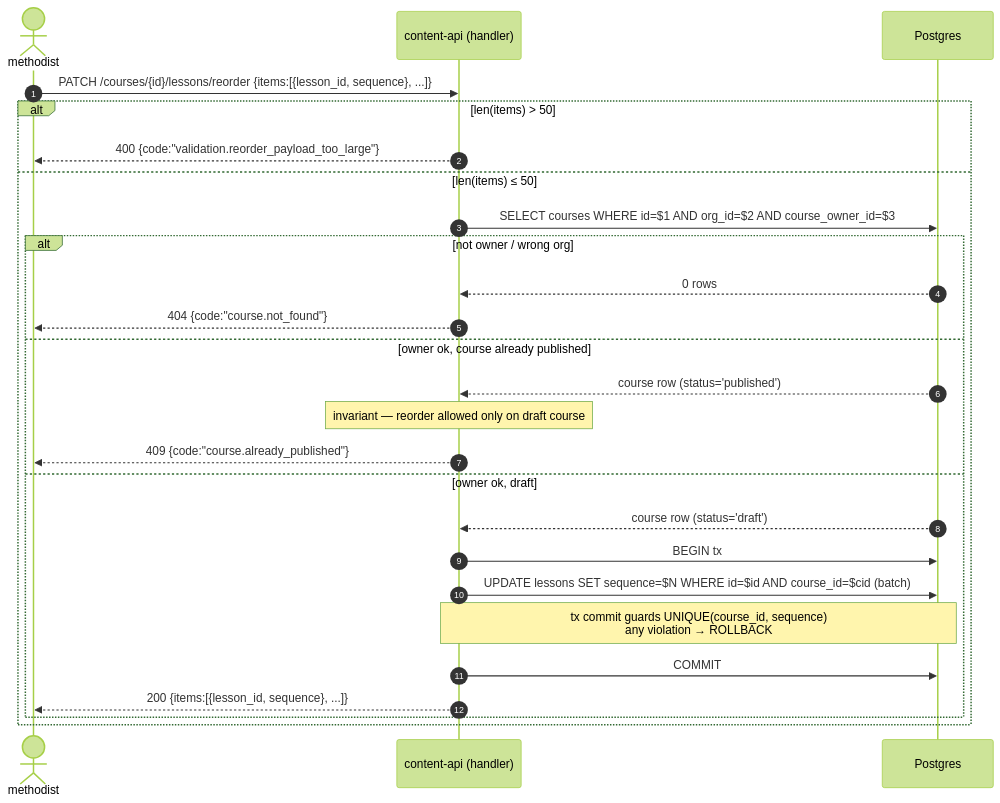
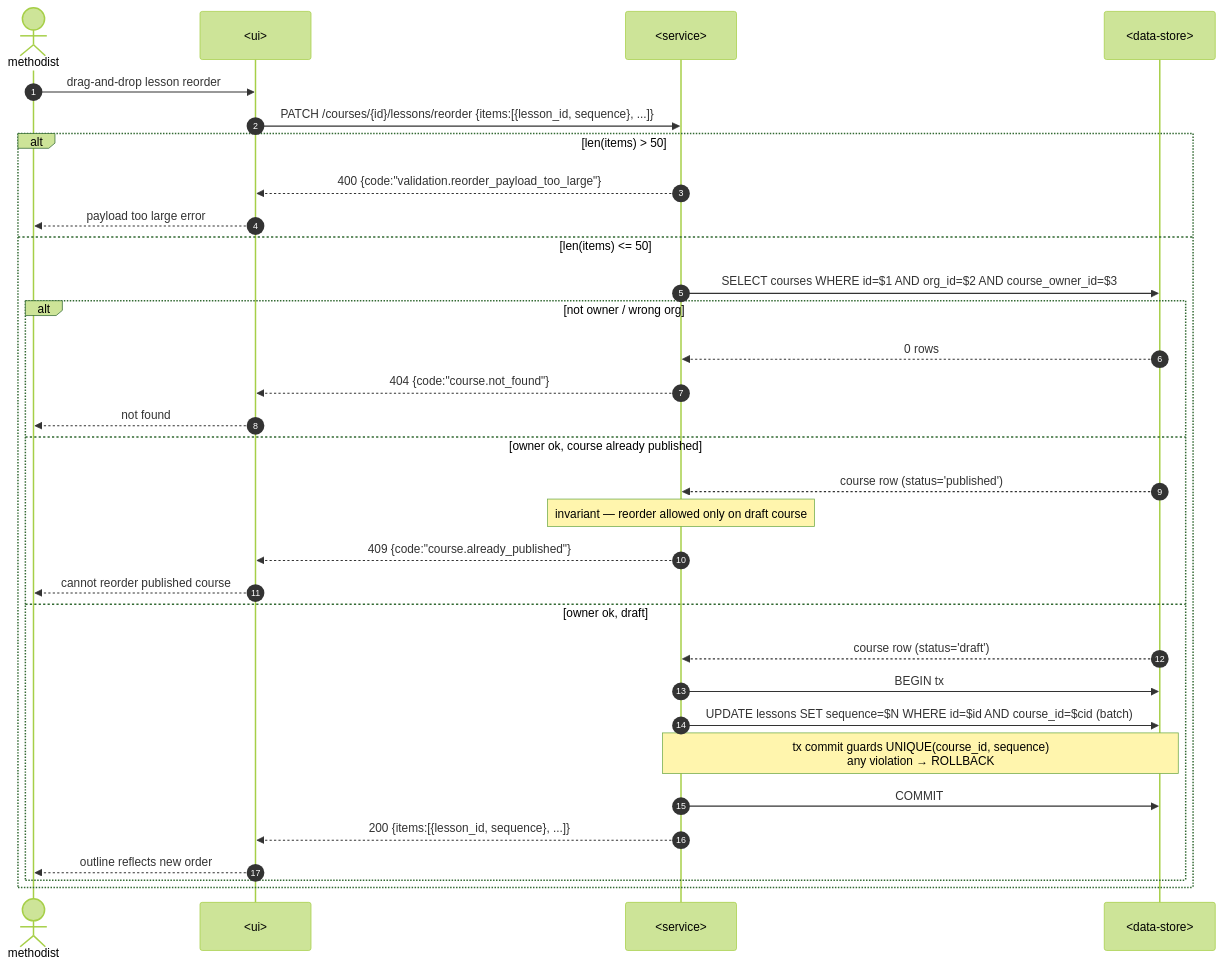
Before and after one commit to genkovich/agentic-engineering-course-public: the seventh of 13 diagrams in modules/6-sdlc/sdlc/examples/course-lesson-mvp/sad.md, drawn with Mermaid (forest theme). The commit also changed other lines of this file and 139 other files, not shown here.

First line of the commit message:
sdlc: синк плагіна до v4.5.1 (21 skill, agents, map-architecture)

````diff
--- a/modules/6-sdlc/sdlc/examples/course-lesson-mvp/sad.md
+++ b/modules/6-sdlc/sdlc/examples/course-lesson-mvp/sad.md
@@ -313,30 +344,35 @@
 ```mermaid
 sequenceDiagram
     autonumber
     actor M as methodist
-    participant API as content-api (handler)
-    participant DB as Postgres
+    participant UI as <ui>
+    participant SVC as <service>
+    participant DS as <data-store>
 
-    %% TODO: align with openapi.yaml — PATCH /courses/{id}/lessons/reorder not yet in contract
-    M->>API: PATCH /courses/{id}/lessons/reorder {items:[{lesson_id, sequence}, ...]}
+    M->>UI: drag-and-drop lesson reorder
+    UI->>SVC: PATCH /courses/{id}/lessons/reorder {items:[{lesson_id, sequence}, ...]}
     alt len(items) > 50
-        API-->>M: 400 {code:"validation.reorder_payload_too_large"}
-    else len(items) ≤ 50
-        API->>DB: SELECT courses WHERE id=$1 AND org_id=$2 AND course_owner_id=$3
+        SVC-->>UI: 400 {code:"validation.reorder_payload_too_large"}
+        UI-->>M: payload too large error
+    else len(items) <= 50
+        SVC->>DS: SELECT courses WHERE id=$1 AND org_id=$2 AND course_owner_id=$3
         alt not owner / wrong org
-            DB-->>API: 0 rows
-            API-->>M: 404 {code:"course.not_found"}
+            DS-->>SVC: 0 rows
+            SVC-->>UI: 404 {code:"course.not_found"}
+            UI-->>M: not found
         else owner ok, course already published
-            DB-->>API: course row (status='published')
-            Note over API: invariant — reorder allowed only on draft course
-            API-->>M: 409 {code:"course.already_published"}
+            DS-->>SVC: course row (status='published')
+            Note over SVC: invariant — reorder allowed only on draft course
+            SVC-->>UI: 409 {code:"course.already_published"}
+            UI-->>M: cannot reorder published course
         else owner ok, draft
-            DB-->>API: course row (status='draft')
-            API->>DB: BEGIN tx
-            API->>DB: UPDATE lessons SET sequence=$N WHERE id=$id AND course_id=$cid (batch)
-            Note over API, DB: tx commit guards UNIQUE(course_id, sequence)<br/>any violation → ROLLBACK
-            API->>DB: COMMIT
-            API-->>M: 200 {items:[{lesson_id, sequence}, ...]}
+            DS-->>SVC: course row (status='draft')
+            SVC->>DS: BEGIN tx
+            SVC->>DS: UPDATE lessons SET sequence=$N WHERE id=$id AND course_id=$cid (batch)
+            Note over SVC, DS: tx commit guards UNIQUE(course_id, sequence)<br/>any violation → ROLLBACK
+            SVC->>DS: COMMIT
+            SVC-->>UI: 200 {items:[{lesson_id, sequence}, ...]}
+            UI-->>M: outline reflects new order
         end
     end
 ```
````
